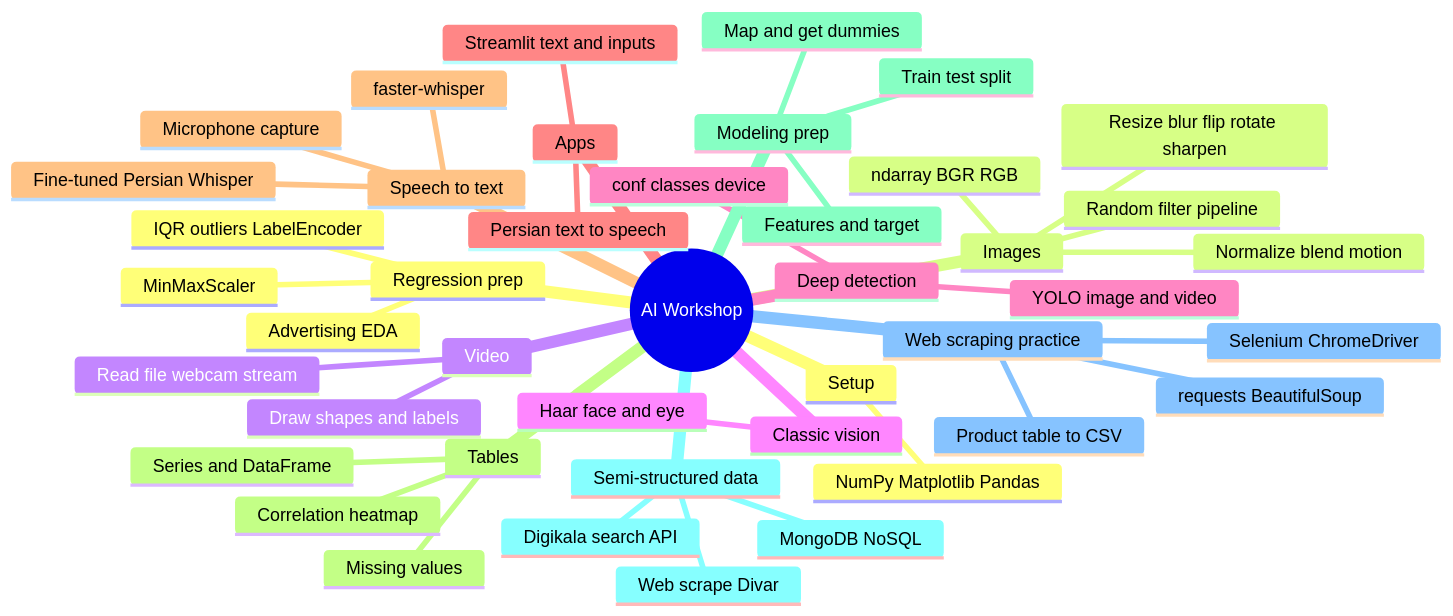
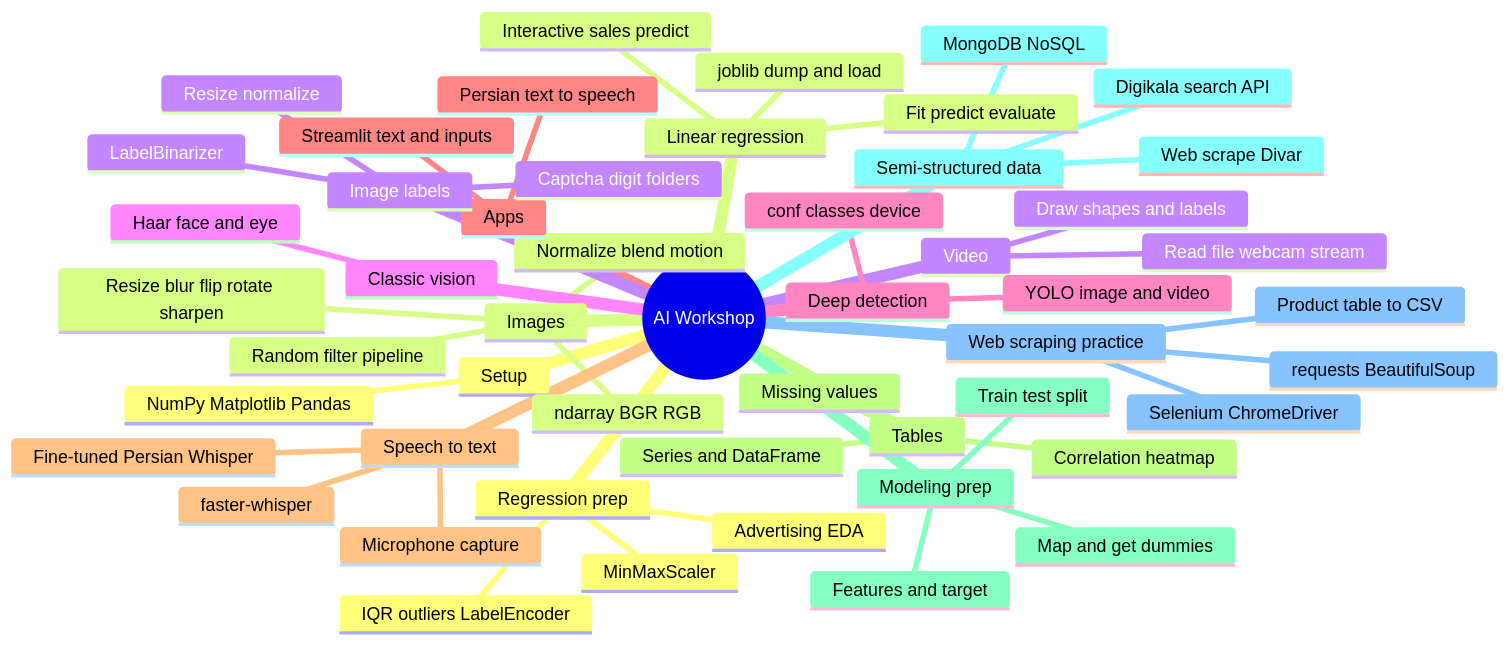
The diagram in sessions/MINDMAP.md (MohammadrezaTaghipour/ai-training-workshop), drawn with Mermaid before and after one commit. The commit also changed other lines of this file and 2019 other files, not shown here.

First line of the commit message:
Add the session 13 linear regression and captcha-prep lessons.

````diff
--- a/sessions/MINDMAP.md
+++ b/sessions/MINDMAP.md
@@ -15,46 +15,54 @@
 ```mermaid
 mindmap
   root((AI Workshop))
     Setup
       NumPy Matplotlib Pandas
     Images
       ndarray BGR RGB
       Normalize blend motion
       Resize blur flip rotate sharpen
       Random filter pipeline
     Video
       Read file webcam stream
       Draw shapes and labels
     Classic vision
       Haar face and eye
     Deep detection
       YOLO image and video
       conf classes device
     Apps
       Streamlit text and inputs
       Persian text to speech
     Speech to text
       faster-whisper
       Fine-tuned Persian Whisper
       Microphone capture
     Tables
       Series and DataFrame
       Missing values
       Correlation heatmap
     Modeling prep
       Features and target
       Train test split
       Map and get dummies
     Semi-structured data
       MongoDB NoSQL
       Web scrape Divar
       Digikala search API
     Web scraping practice
       requests BeautifulSoup
       Selenium ChromeDriver
       Product table to CSV
     Regression prep
       Advertising EDA
       MinMaxScaler
       IQR outliers LabelEncoder
+    Linear regression
+      Fit predict evaluate
+      joblib dump and load
+      Interactive sales predict
+    Image labels
+      Captcha digit folders
+      Resize normalize
+      LabelBinarizer
 ```
````
